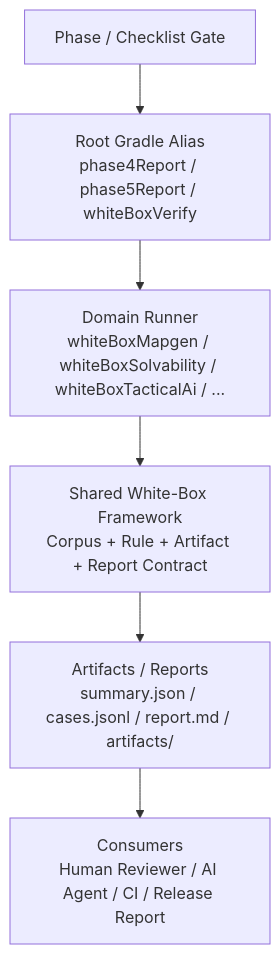
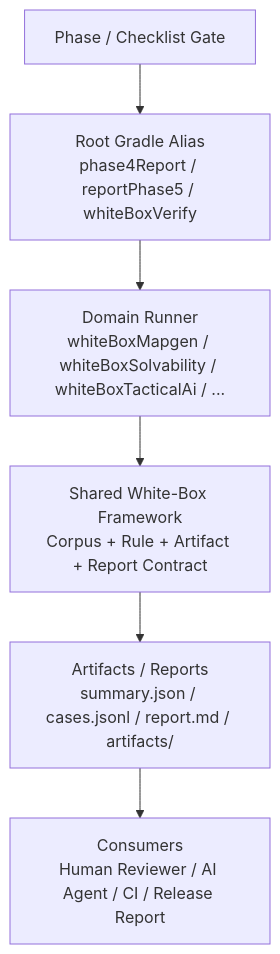
Before and after one commit to lkyprogramer/K-ToME: the diagram in docs/2026-04-04-unified-white-box-verification-framework.md, drawn with Mermaid. The commit also changed other lines of this file and 29 other files, not shown here.

Commit message:
Harden phase4 gate cutover and align verification docs

````diff
--- a/docs/2026-04-04-unified-white-box-verification-framework.md
+++ b/docs/2026-04-04-unified-white-box-verification-framework.md
@@ -180,8 +180,8 @@
 ```mermaid
 flowchart TD
-    A["Phase / Checklist Gate"] --> B["Root Gradle Alias<br/>phase4Report / phase5Report / whiteBoxVerify"]
+    A["Phase / Checklist Gate"] --> B["Root Gradle Alias<br/>phase4Report / reportPhase5 / whiteBoxVerify"]
     B --> C["Domain Runner<br/>whiteBoxMapgen / whiteBoxSolvability / whiteBoxTacticalAi / ..."]
     C --> D["Shared White-Box Framework<br/>Corpus + Rule + Artifact + Report Contract"]
     D --> E["Artifacts / Reports<br/>summary.json / cases.jsonl / report.md / artifacts/"]
     E --> F["Consumers<br/>Human Reviewer / AI Agent / CI / Release Report"]
 ```
````
